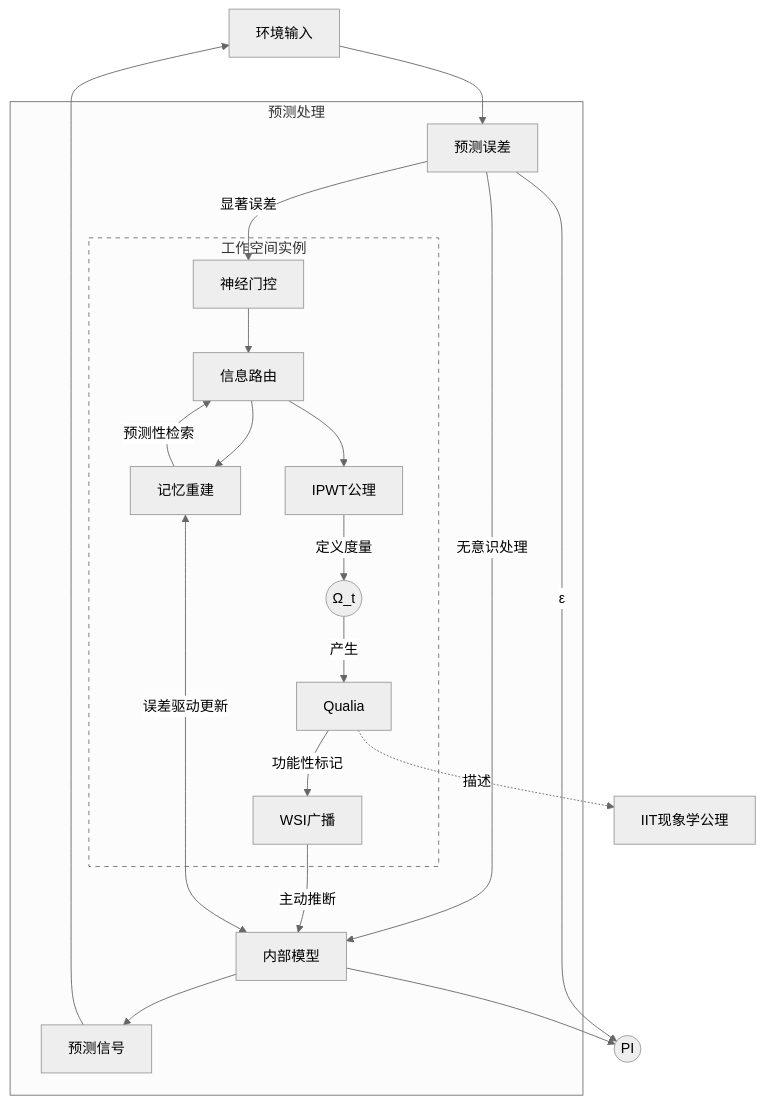
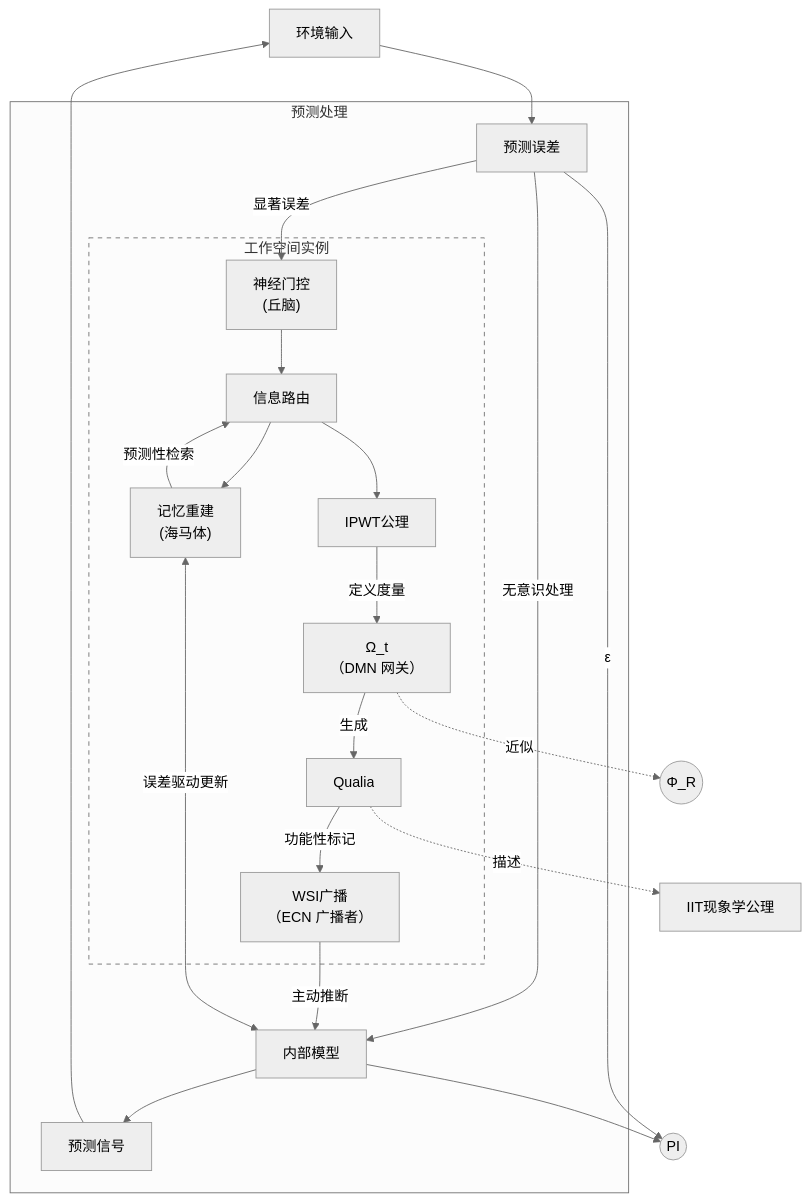
The second of 2 diagrams in IPWT.md (dmf-archive/IPWT), drawn with Mermaid (neutral theme) before and after one commit. The commit also changed other lines of this file and 5 other files, not shown here.

````diff
--- a/IPWT.md
+++ b/IPWT.md
@@ -74,43 +144,47 @@
 ```mermaid
 graph TD
 ENV[环境输入]
 
 subgraph PCT[预测处理]
 PE[预测误差]
 IM[内部模型]
 PS[预测信号]
 
   subgraph WSI[工作空间实例]
   style WSI stroke-dasharray: 5 5
-  NG[神经门控]
+  NG["神经门控<br/>(丘脑)"]
   IR[信息路由]
-  MR[记忆重建]
+  MR["记忆重建<br/>(海马体)"]
   AXI[IPWT公理]
-  INT(("Ω_t"))
-  QUA[Qualia]
-  BCST[WSI广播]
+  INT["Ω_t<br/>（DMN 网关）"]
+  QUA["Qualia"]
+  BCST["WSI广播<br/>（ECN 广播者）"]
   end
 end
+
 
 ENV --> PE
 PE -->|无意识处理| IM
 IM --> PS
 PS --> ENV
 PE -->|ε| PI(("PI"))
 IM --> PI
 
 PE -->|显著误差| NG
 NG --> IR
 IR --> AXI
 AXI -->|定义度量| INT
-INT -->|产生| QUA
+INT -->|生成| QUA
 QUA -->|功能性标记| BCST
 
 IR --> MR
 MR -->|预测性检索| IR
 BCST -->|主动推断| IM
 MR <-->|误差驱动更新| IM
 
 IIT[IIT现象学公理]:::iit
 QUA -. 描述 .-> IIT
+
+INT -.->|近似| PHIR(("Φ_R"))
+
 ```
````
